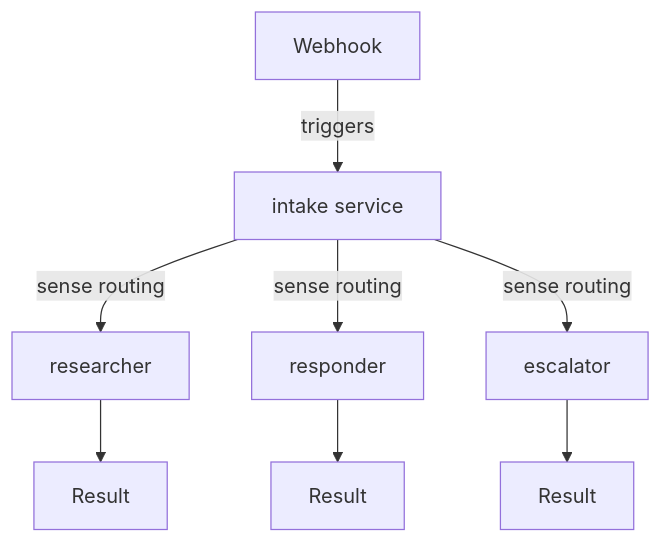
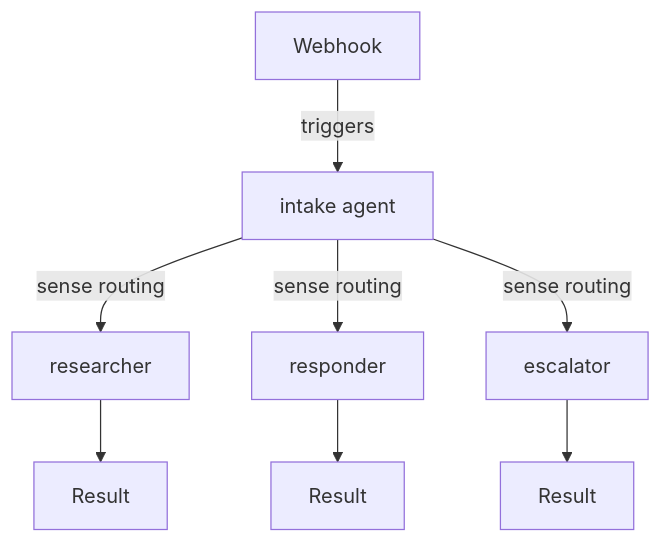
The sixth of 7 diagrams in docs/orchestration/patterns-guide.md (vladkesler/initrunner), drawn with Mermaid before and after one commit. The commit also changed other lines of this file and 242 other files, not shown here.

````diff
--- a/docs/orchestration/patterns-guide.md
+++ b/docs/orchestration/patterns-guide.md
@@ -403,10 +403,10 @@
 ```mermaid
 flowchart TD
-    WH[Webhook] -->|triggers| Intake[intake service]
+    WH[Webhook] -->|triggers| Intake[intake agent]
     Intake -->|sense routing| R[researcher]
     Intake -->|sense routing| Resp[responder]
     Intake -->|sense routing| Esc[escalator]
     R --> Out1[Result]
     Resp --> Out2[Result]
     Esc --> Out3[Result]
 ```
````
